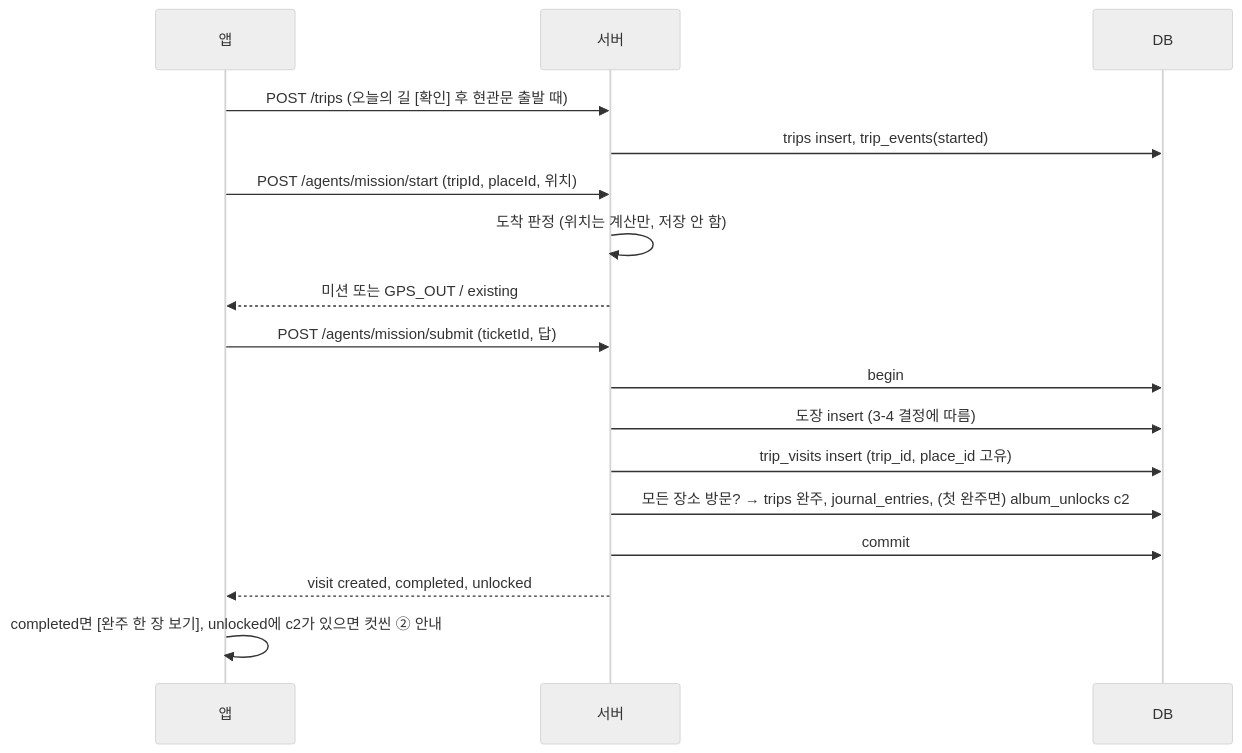
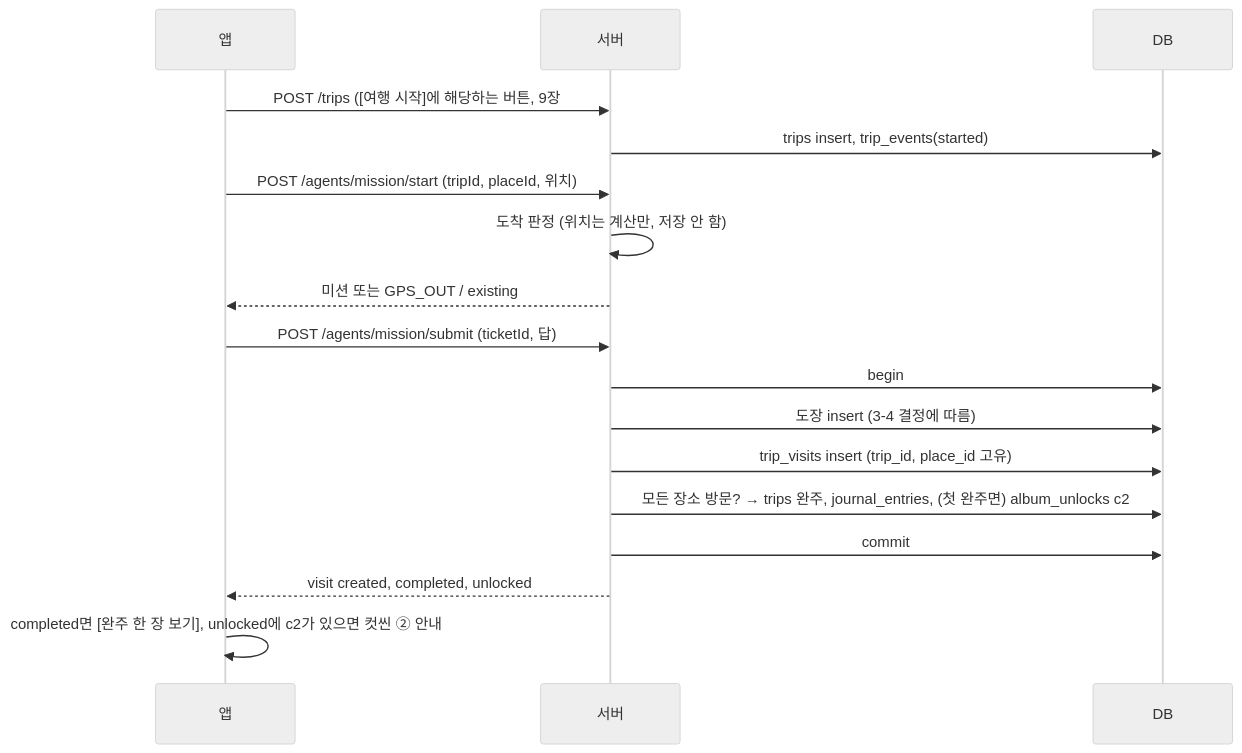
Before and after one commit to k-1026/TREAGENT: the second of 2 diagrams in plan/spec/trip_visit_design_v1.md, drawn with Mermaid (neutral theme). The commit also changed other lines of this file, not shown here.

````diff
--- a/plan/spec/trip_visit_design_v1.md
+++ b/plan/spec/trip_visit_design_v1.md
@@ -163,19 +164,19 @@
 ```mermaid
 sequenceDiagram
     participant A as 앱
     participant S as 서버
     participant D as DB
-    A->>S: POST /trips (오늘의 길 [확인] 후 현관문 출발 때)
+    A->>S: POST /trips ([여행 시작]에 해당하는 버튼, 9장 #4)
     S->>D: trips insert, trip_events(started)
     A->>S: POST /agents/mission/start (tripId, placeId, 위치)
     S->>S: 도착 판정 (위치는 계산만, 저장 안 함)
     S-->>A: 미션 또는 GPS_OUT / existing
     A->>S: POST /agents/mission/submit (ticketId, 답)
     S->>D: begin
     S->>D: 도장 insert (3-4 결정에 따름)
     S->>D: trip_visits insert (trip_id, place_id 고유)
     S->>D: 모든 장소 방문? → trips 완주, journal_entries, (첫 완주면) album_unlocks c2
     S->>D: commit
     S-->>A: visit created, completed, unlocked
     A->>A: completed면 [완주 한 장 보기], unlocked에 c2가 있으면 컷씬 ② 안내
 ```
````
